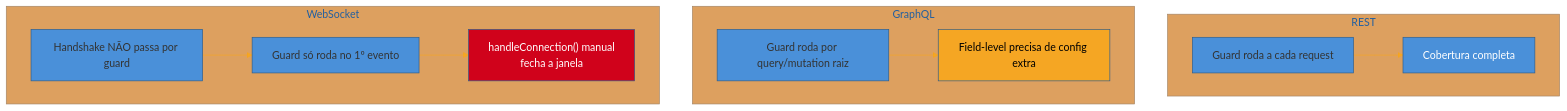
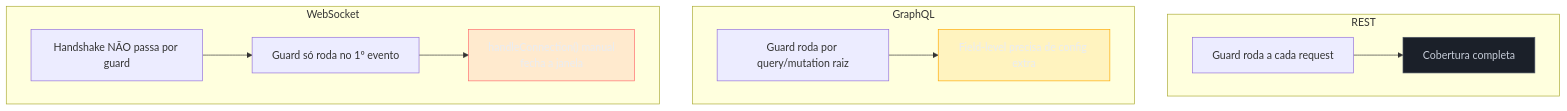
One commit to josenaldo/codex-technomanticus changed the second of 2 diagrams in 03-Dominios/Engenharia/Auth e Identidade/4 - Auth nos stacks/05 - Node — NestJS.md. Above: the diagram before and after it, drawn with Mermaid. The commit also changed other lines of this file and 1181 other files, not shown here.

First line of the commit message:
fix(diagramas): paleta do sistema no lugar de cor cravada no markdown

````diff
--- a/03-Dominios/Engenharia/Auth e Identidade/4 - Auth nos stacks/05 - Node — NestJS.md
+++ b/03-Dominios/Engenharia/Auth e Identidade/4 - Auth nos stacks/05 - Node — NestJS.md
@@ -351,18 +353,20 @@
 ```mermaid
-%%{init: {"theme": "base", "themeVariables": {"primaryColor": "#4A90D9", "primaryBorderColor": "#2E5C8A", "lineColor": "#F5A623"}}}%%
 graph TD
+    classDef neutro fill:#1B2029,stroke:#4E5666,color:#C6CCD8
+    classDef destaque fill:#FFAA0024,stroke:#FFAA00,color:#E9ECF2
+    classDef falha fill:#FF6B6B24,stroke:#FF6B6B,color:#E9ECF2
     subgraph REST["REST"]
         R1["Guard roda a cada request"] --> R2["Cobertura completa"]
     end
     subgraph GraphQL["GraphQL"]
         G1["Guard roda por query/mutation raiz"] --> G2["Field-level precisa de config extra"]
     end
     subgraph WS["WebSocket"]
         W1["Handshake NÃO passa por guard"] --> W2["Guard só roda no 1º evento"]
         W2 --> W3["handleConnection() manual<br/>fecha a janela"]
     end
 
-    style R2 fill:#4A90D9,color:#fff
-    style G2 fill:#F5A623,color:#000
-    style W3 fill:#D0021B,color:#fff
+    class R2 neutro
+    class G2 destaque
+    class W3 falha
 ```
````
